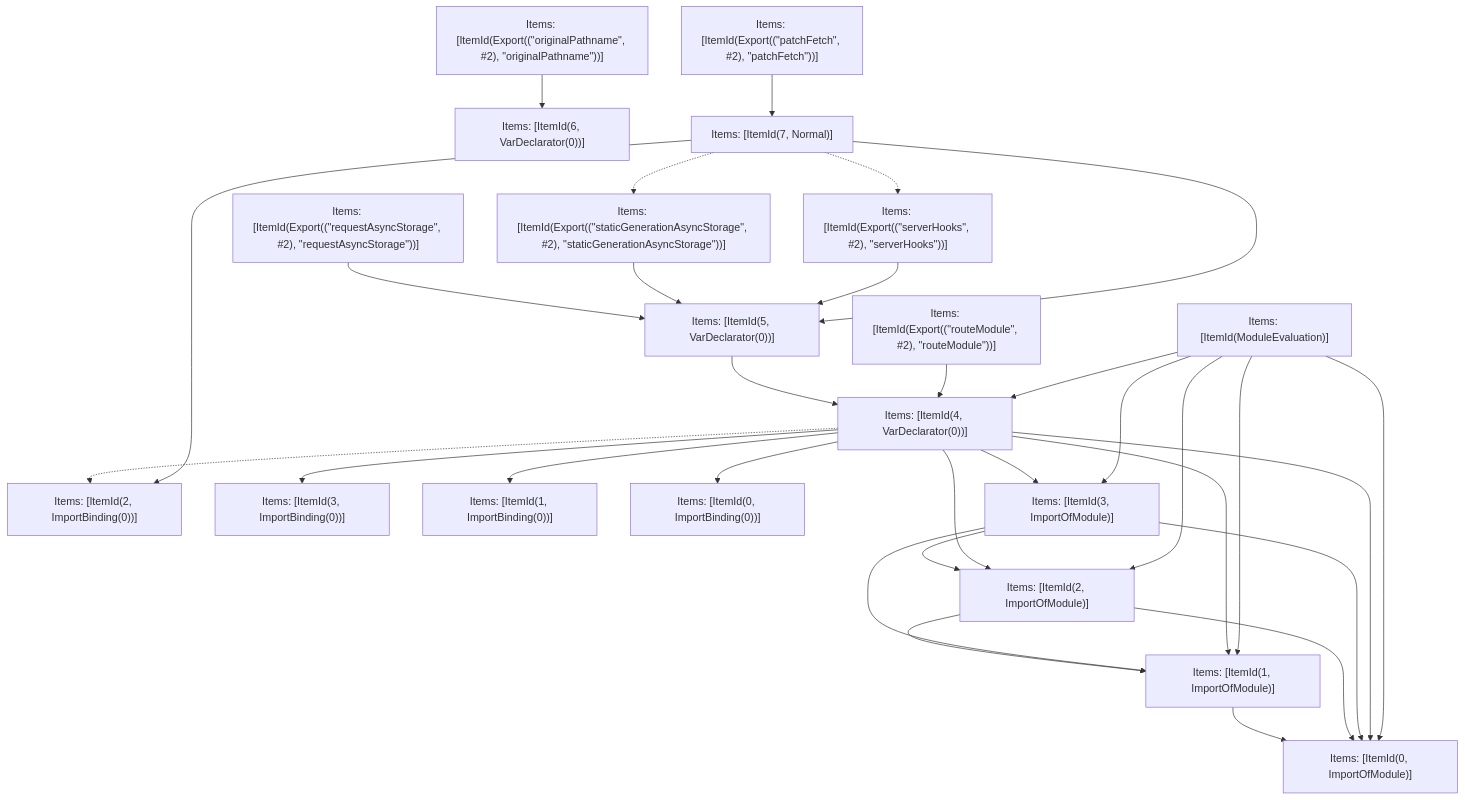
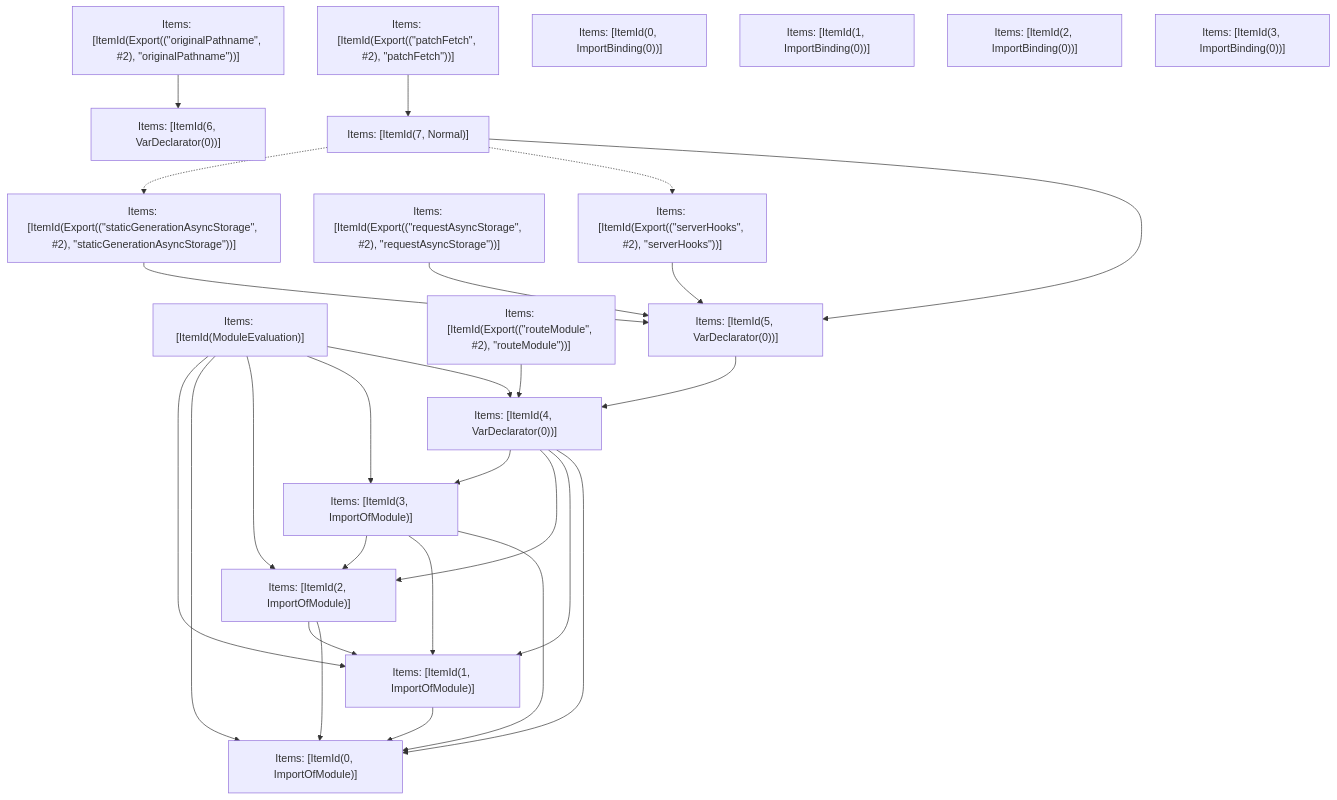
Before and after one commit to phidol/next.js: the fifth of 5 diagrams in turbopack/crates/turbopack-ecmascript/tests/tree-shaker/analyzer/app-route/output.md, drawn with Mermaid. The commit also changed other lines of this file and 64 other files, not shown here.

````diff
--- a/turbopack/crates/turbopack-ecmascript/tests/tree-shaker/analyzer/app-route/output.md
+++ b/turbopack/crates/turbopack-ecmascript/tests/tree-shaker/analyzer/app-route/output.md
@@ -350,52 +350,47 @@
 ```mermaid
 graph TD
     N0["Items: [ItemId(6, VarDeclarator(0))]"];
     N1["Items: [ItemId(Export((&quot;originalPathname&quot;, #2), &quot;originalPathname&quot;))]"];
-    N2["Items: [ItemId(2, ImportBinding(0))]"];
-    N3["Items: [ItemId(3, ImportBinding(0))]"];
-    N4["Items: [ItemId(1, ImportBinding(0))]"];
-    N5["Items: [ItemId(0, ImportBinding(0))]"];
+    N2["Items: [ItemId(Export((&quot;staticGenerationAsyncStorage&quot;, #2), &quot;staticGenerationAsyncStorage&quot;))]"];
+    N3["Items: [ItemId(7, Normal)]"];
+    N4["Items: [ItemId(Export((&quot;patchFetch&quot;, #2), &quot;patchFetch&quot;))]"];
+    N5["Items: [ItemId(Export((&quot;requestAsyncStorage&quot;, #2), &quot;requestAsyncStorage&quot;))]"];
     N6["Items: [ItemId(0, ImportOfModule)]"];
     N7["Items: [ItemId(1, ImportOfModule)]"];
     N8["Items: [ItemId(2, ImportOfModule)]"];
     N9["Items: [ItemId(3, ImportOfModule)]"];
     N10["Items: [ItemId(4, VarDeclarator(0))]"];
     N11["Items: [ItemId(ModuleEvaluation)]"];
     N12["Items: [ItemId(Export((&quot;routeModule&quot;, #2), &quot;routeModule&quot;))]"];
     N13["Items: [ItemId(5, VarDeclarator(0))]"];
     N14["Items: [ItemId(Export((&quot;serverHooks&quot;, #2), &quot;serverHooks&quot;))]"];
-    N15["Items: [ItemId(Export((&quot;staticGenerationAsyncStorage&quot;, #2), &quot;staticGenerationAsyncStorage&quot;))]"];
-    N16["Items: [ItemId(7, Normal)]"];
-    N17["Items: [ItemId(Export((&quot;patchFetch&quot;, #2), &quot;patchFetch&quot;))]"];
-    N18["Items: [ItemId(Export((&quot;requestAsyncStorage&quot;, #2), &quot;requestAsyncStorage&quot;))]"];
+    N15["Items: [ItemId(0, ImportBinding(0))]"];
+    N16["Items: [ItemId(1, ImportBinding(0))]"];
+    N17["Items: [ItemId(2, ImportBinding(0))]"];
+    N18["Items: [ItemId(3, ImportBinding(0))]"];
     N7 --> N6;
     N8 --> N6;
     N8 --> N7;
     N9 --> N6;
     N9 --> N7;
     N9 --> N8;
-    N10 --> N5;
-    N10 --> N4;
-    N10 --> N3;
+    N11 --> N10;
+    N11 --> N9;
+    N11 --> N8;
     N10 --> N6;
     N10 --> N7;
     N10 --> N8;
     N10 --> N9;
-    N10 -.-> N2;
+    N11 --> N6;
     N13 --> N10;
     N12 --> N10;
-    N18 --> N13;
-    N15 --> N13;
+    N5 --> N13;
+    N2 --> N13;
     N14 --> N13;
     N1 --> N0;
-    N17 --> N16;
-    N16 --> N2;
-    N16 --> N13;
-    N16 -.-> N14;
-    N16 -.-> N15;
-    N11 --> N6;
+    N4 --> N3;
     N11 --> N7;
-    N11 --> N8;
-    N11 --> N9;
-    N11 --> N10;
+    N3 --> N13;
+    N3 -.-> N14;
+    N3 -.-> N2;
 ```
````
